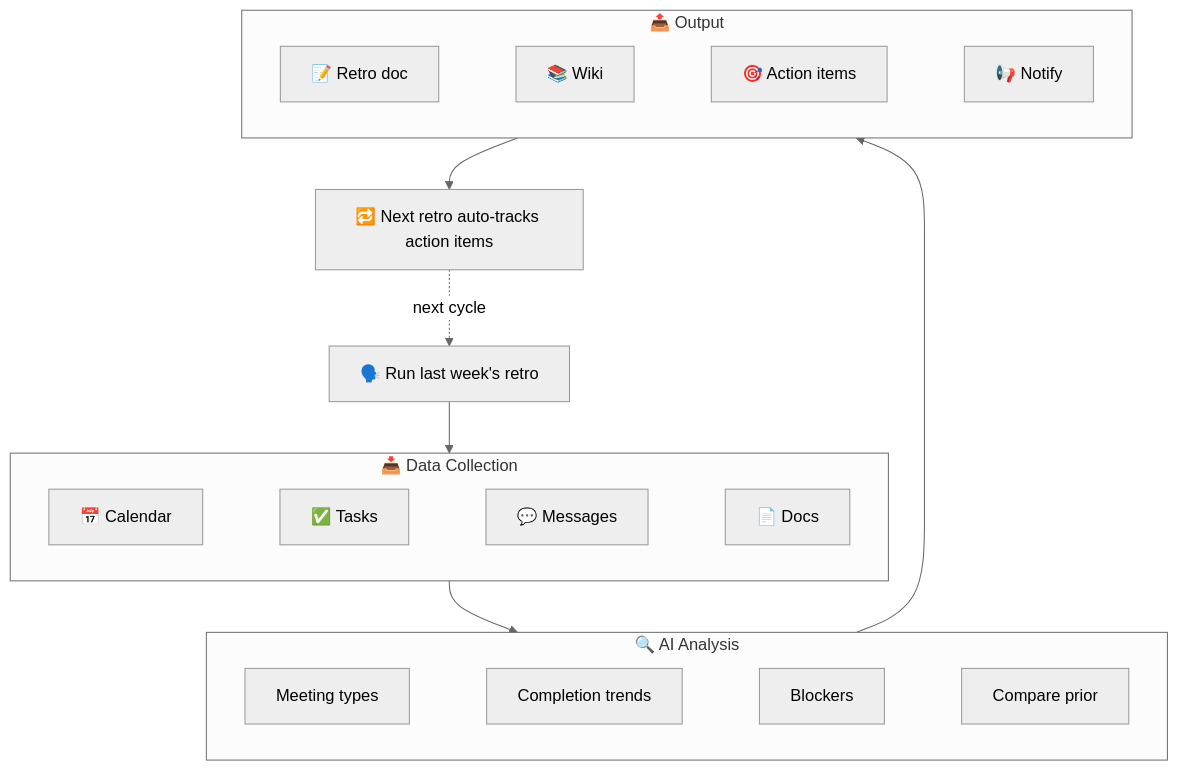
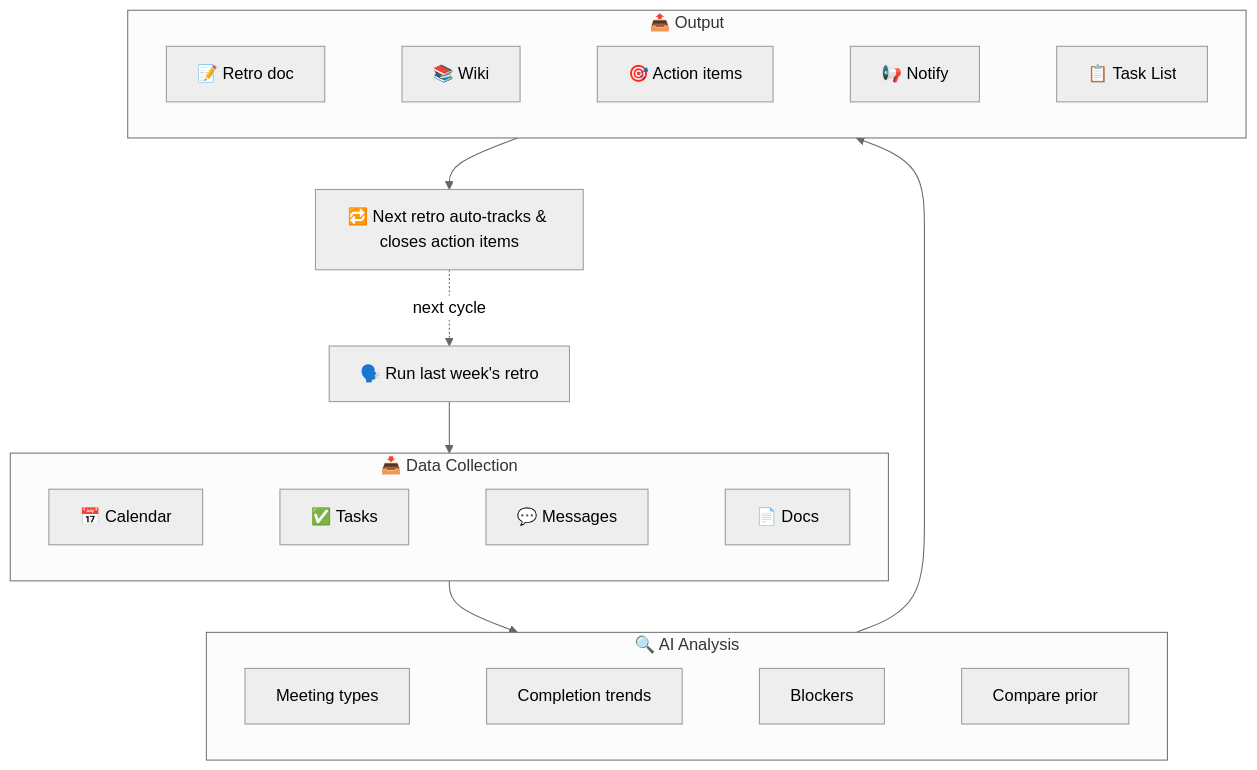
Before and after one commit to gkzzhs/lark-retro: the diagram in README_EN.md, drawn with Mermaid (neutral theme). The commit also changed other lines of this file and 4 other files, not shown here.

First line of the commit message:
feat: v2.0.0 — action item closure loop, task lists, --jq, new CLI v1.0.3 features

````diff
--- a/README_EN.md
+++ b/README_EN.md
@@ -64,26 +65,26 @@
 ```mermaid
 flowchart TB
     User["🗣️ Run last week's retro"] --> Collect
 
     subgraph Collect["📥 Data Collection"]
         direction LR
         C1["📅 Calendar"] ~~~ C2["✅ Tasks"] ~~~ C3["💬 Messages"] ~~~ C4["📄 Docs"]
     end
 
     Collect --> Analyze
 
     subgraph Analyze["🔍 AI Analysis"]
         direction LR
         A1["Meeting types"] ~~~ A2["Completion trends"] ~~~ A3["Blockers"] ~~~ A4["Compare prior"]
     end
 
     Analyze --> Output
 
     subgraph Output["📤 Output"]
         direction LR
-        O1["📝 Retro doc"] ~~~ O2["📚 Wiki"] ~~~ O3["🎯 Action items"] ~~~ O4["📢 Notify"]
+        O1["📝 Retro doc"] ~~~ O2["📚 Wiki"] ~~~ O3["🎯 Action items"] ~~~ O4["📢 Notify"] ~~~ O5["📋 Task List"]
     end
 
-    Output --> Loop["🔁 Next retro auto-tracks action items"]
+    Output --> Loop["🔁 Next retro auto-tracks & closes action items"]
     Loop -.->|"next cycle"| User
 ```
````
